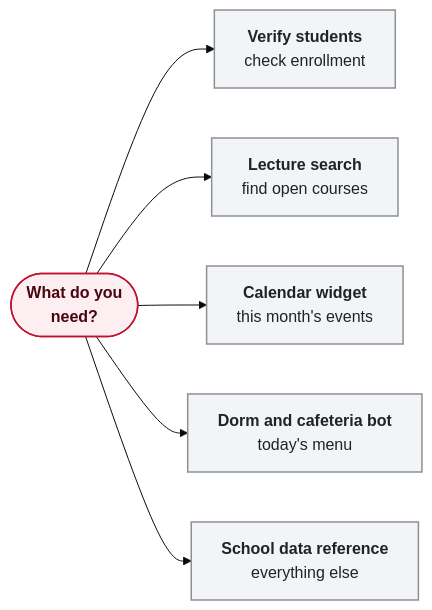
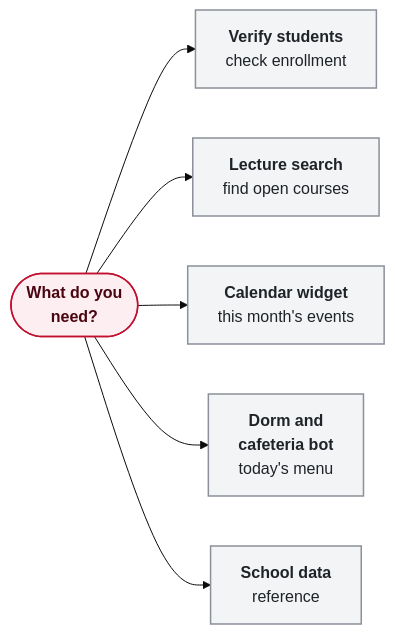
Before and after one commit to Cassiiopeia/pro-sejong-auth: the second of 2 diagrams in README.en.md, drawn with Mermaid (base theme). The commit also changed other lines of this file and 11 other files, not shown here.

Commit message:
README와 사이트를 읽기 편하게 정돈하고 플로우차트를 추가 : docs : 차트 글자 크기와 좁은 화면 배치, 표 최소 폭, 안내 상자 색, FAQ·개설강좌 한눈 요약을 다듬기 https://github.com/Cassiiopeia/pro-sejongpeia/issues/148

````diff
--- a/README.en.md
+++ b/README.en.md
@@ -86,19 +86,19 @@
 ```mermaid
 flowchart LR
   need(["<b>What do you<br/>need?</b>"]):::soft
   verify["<b>Verify students</b><br/>check enrollment"]:::neutral
   lectures["<b>Lecture search</b><br/>find open courses"]:::neutral
   calendar["<b>Calendar widget</b><br/>this month's events"]:::neutral
-  dining["<b>Dorm and cafeteria bot</b><br/>today's menu"]:::neutral
-  data["<b>School data reference</b><br/>everything else"]:::neutral
+  dining["<b>Dorm and<br/>cafeteria bot</b><br/>today's menu"]:::neutral
+  data["<b>School data</b><br/>reference"]:::neutral
   need --> verify
   need --> lectures
   need --> calendar
   need --> dining
   need --> data
 
   classDef neutral fill:#F3F4F6,stroke:#8B9099,stroke-width:1.5px,color:#1F2328
   classDef accent fill:#C20F2F,stroke:#8E0A22,stroke-width:1.5px,color:#FFFFFF
   classDef soft fill:#FDEEF1,stroke:#C20F2F,stroke-width:1.5px,color:#4A0610
   classDef muted fill:#FFFFFF,stroke:#8B9099,stroke-width:1.5px,stroke-dasharray:5 4,color:#1F2328
 ```
````
